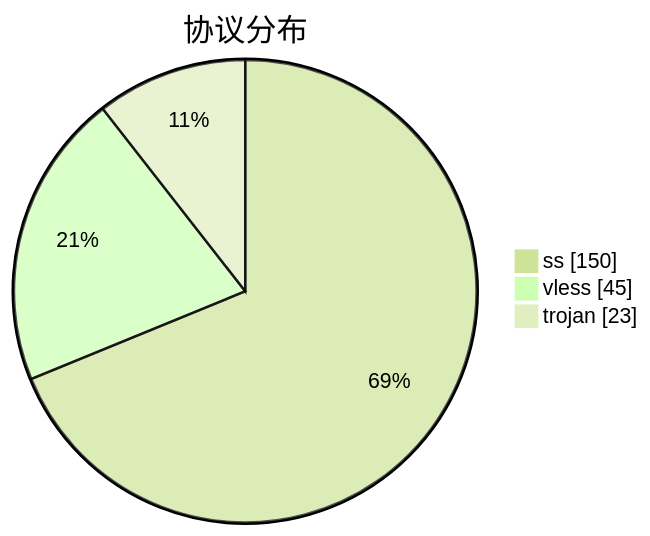
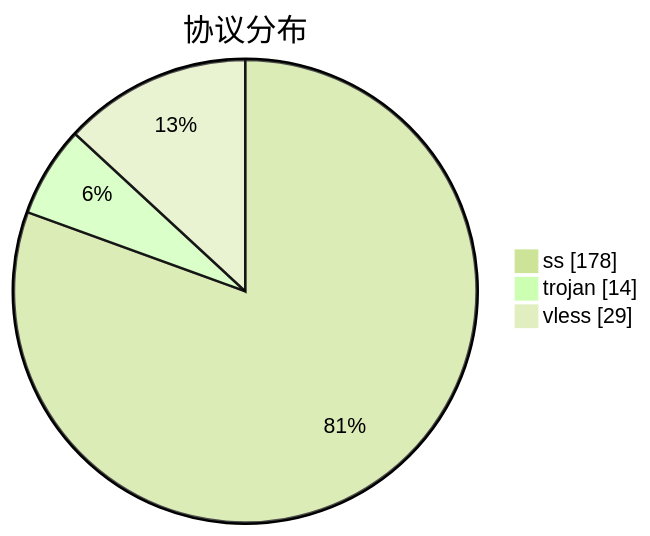
Before and after one commit to qjlxg/airport: the third of 3 diagrams in subs/statistics/tested_within.md, drawn with Mermaid (forest theme). The commit also changed other lines of this file and 2 other files, not shown here.

````diff
--- a/subs/statistics/tested_within.md
+++ b/subs/statistics/tested_within.md
@@ -29,7 +33,7 @@
 ```mermaid
 pie showData
 title 协议分布
-"ss" : 150
-"vless" : 45
-"trojan" : 23
+"ss" : 178
+"trojan" : 14
+"vless" : 29
 ```
````
